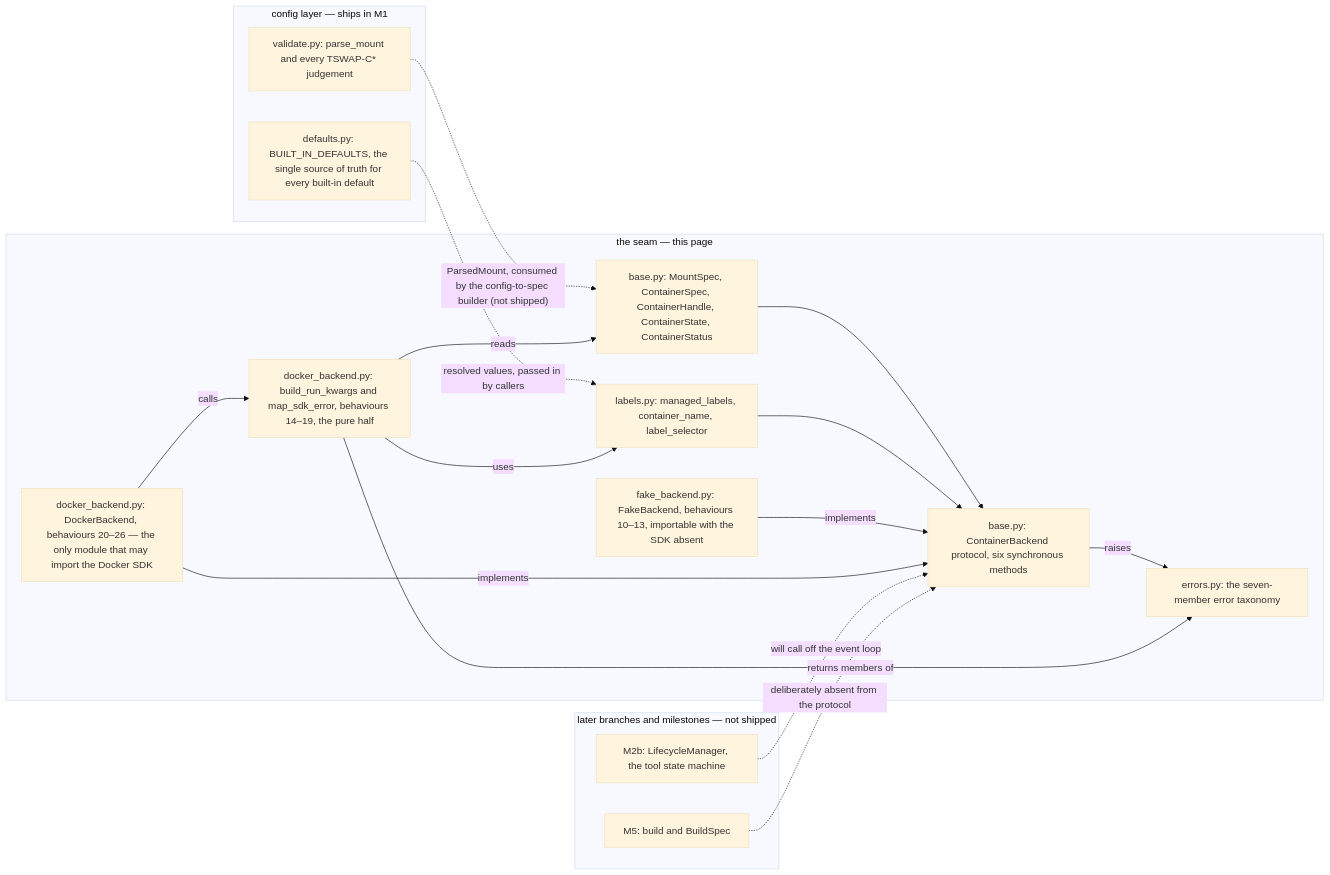
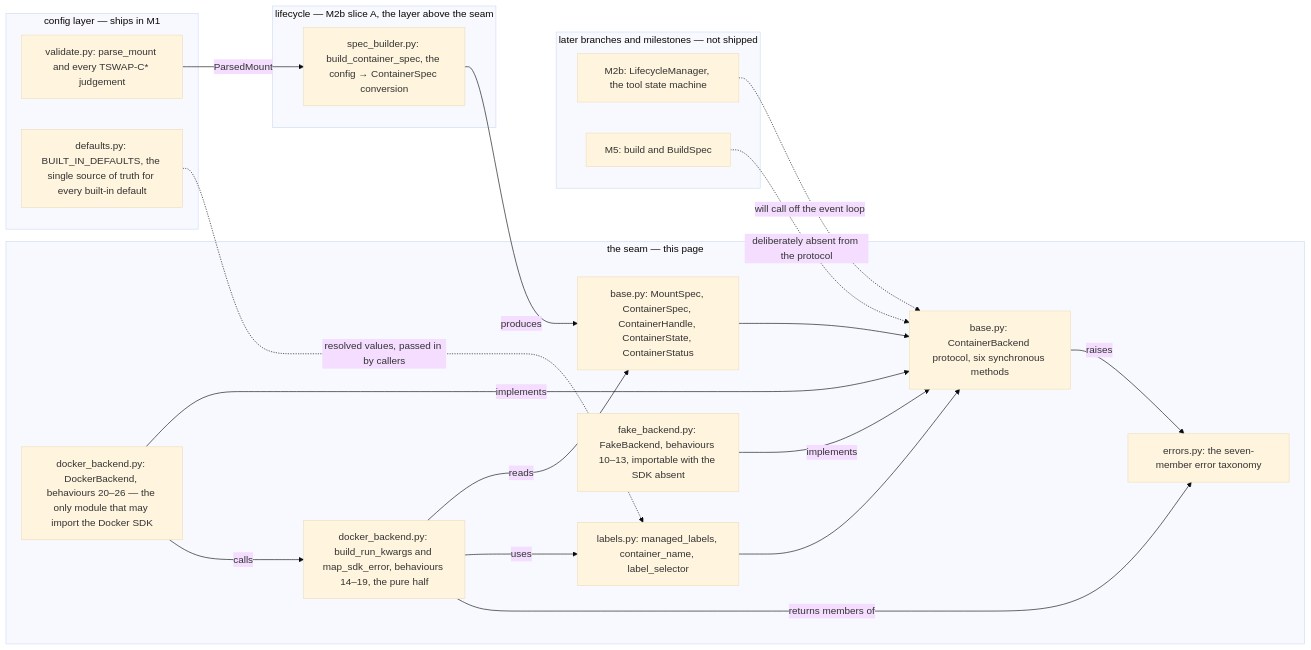
One commit to iar3-r8/tool-swap changed the diagram in docs/backend-seam.md. Above: the diagram before and after it, drawn with Mermaid (base theme). The commit also changed other lines of this file and 3 other files, not shown here.

````diff
--- a/docs/backend-seam.md
+++ b/docs/backend-seam.md
@@ -33,33 +35,37 @@
 ```mermaid
 flowchart LR
     subgraph cfg[config layer — ships in M1]
         VAL[validate.py: parse_mount and every TSWAP-C* judgement]
         DEF[defaults.py: BUILT_IN_DEFAULTS, the single source of truth for every built-in default]
     end
     subgraph seam[the seam — this page]
         TYPES[base.py: MountSpec, ContainerSpec, ContainerHandle, ContainerState, ContainerStatus]
         HELPER[labels.py: managed_labels, container_name, label_selector]
         PROTO[base.py: ContainerBackend protocol, six synchronous methods]
         ERR[errors.py: the seven-member error taxonomy]
         FAKE[fake_backend.py: FakeBackend, behaviours 10–13, importable with the SDK absent]
         DOCK[docker_backend.py: DockerBackend, behaviours 20–26 — the only module that may import the Docker SDK]
         DOCKT[docker_backend.py: build_run_kwargs and map_sdk_error, behaviours 14–19, the pure half]
     end
+    subgraph lifc[lifecycle — M2b slice A, the layer above the seam]
+        SPEC[spec_builder.py: build_container_spec, the config → ContainerSpec conversion]
+    end
     subgraph future[later branches and milestones — not shipped]
         LIFE[M2b: LifecycleManager, the tool state machine]
         BLD[M5: build and BuildSpec]
     end
-    VAL -. "ParsedMount, consumed by the config-to-spec builder (not shipped)" .-> TYPES
+    VAL -->|ParsedMount| SPEC
+    SPEC -->|produces| TYPES
     DEF -. "resolved values, passed in by callers" .-> HELPER
     TYPES --> PROTO
     HELPER --> PROTO
     PROTO -->|raises| ERR
     FAKE -->|implements| PROTO
     DOCK -->|implements| PROTO
     DOCK -->|calls| DOCKT
     DOCKT -->|reads| TYPES
     DOCKT -->|uses| HELPER
     DOCKT -->|returns members of| ERR
     LIFE -.->|will call off the event loop| PROTO
     BLD -.->|deliberately absent from the protocol| PROTO
 ```
````
